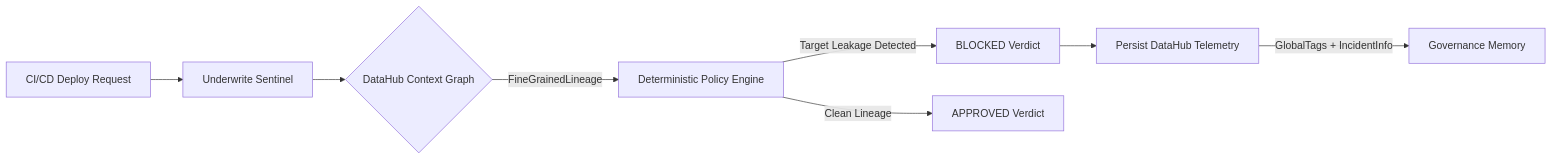
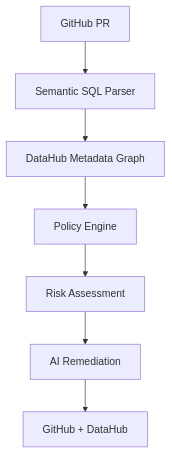
One commit to Dhruva-Aher/UnderWrite changed the diagram in README.md. Above: the diagram before and after it, drawn with Mermaid. The commit also changed other lines of this file and 25 other files, not shown here.

````diff
--- a/README.md
+++ b/README.md
@@ -23,10 +32,9 @@
 ```mermaid
-flowchart LR
-    A[CI/CD Deploy Request] --> B[Underwrite Sentinel]
-    B --> C{DataHub Context Graph}
-    C -->|FineGrainedLineage| D[Deterministic Policy Engine]
-    D -->|Target Leakage Detected| E[BLOCKED Verdict]
-    D -->|Clean Lineage| F[APPROVED Verdict]
-    E --> G[Persist DataHub Telemetry]
-    G -->|GlobalTags + IncidentInfo| H[Governance Memory]
+flowchart TD
+    PR[GitHub PR] --> SP[Semantic SQL Parser]
+    SP --> DH[DataHub Metadata Graph]
+    DH --> PE[Policy Engine]
+    PE --> RA[Risk Assessment]
+    RA --> AI[AI Remediation]
+    AI --> Out[GitHub + DataHub]
 ```
````
